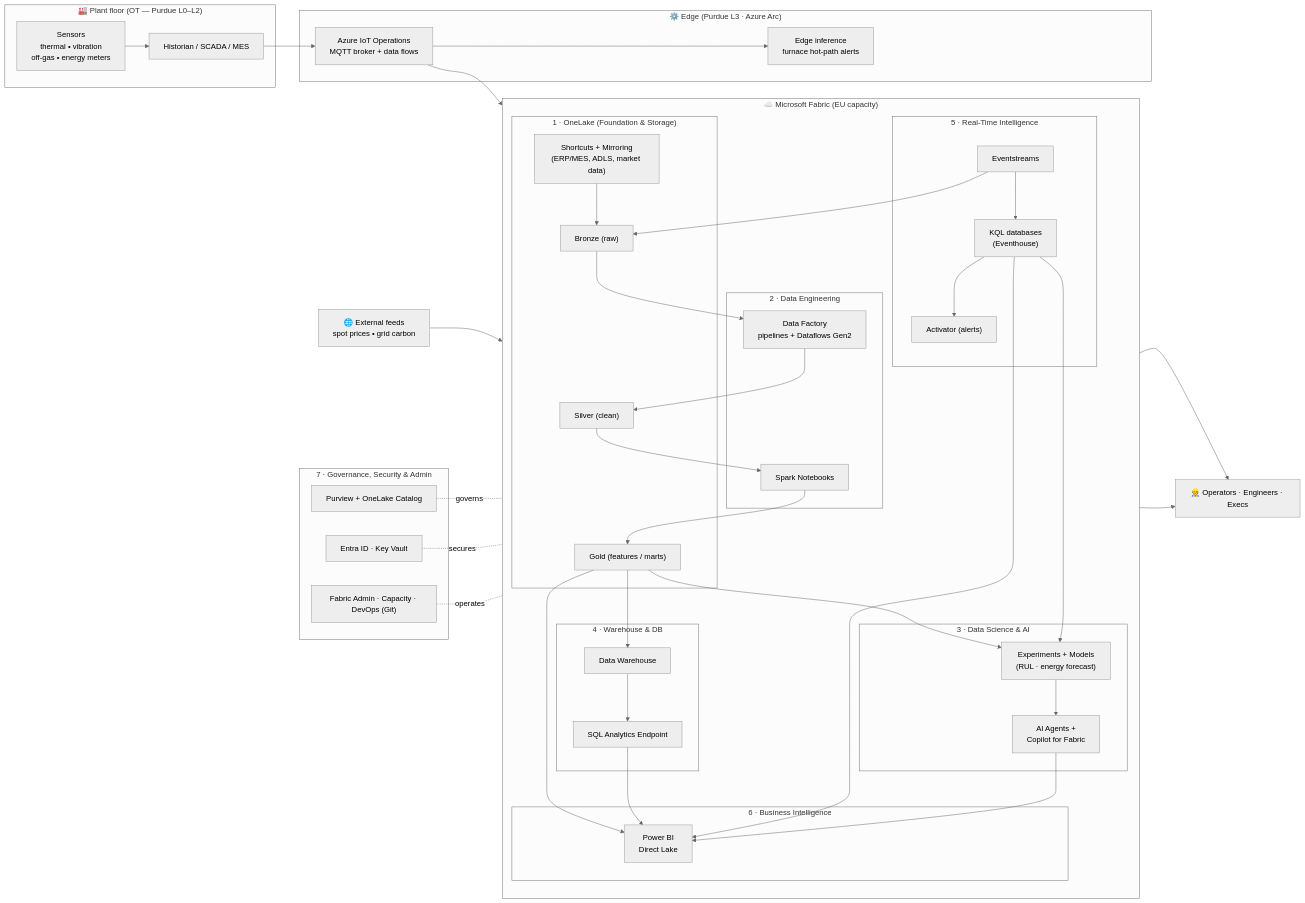
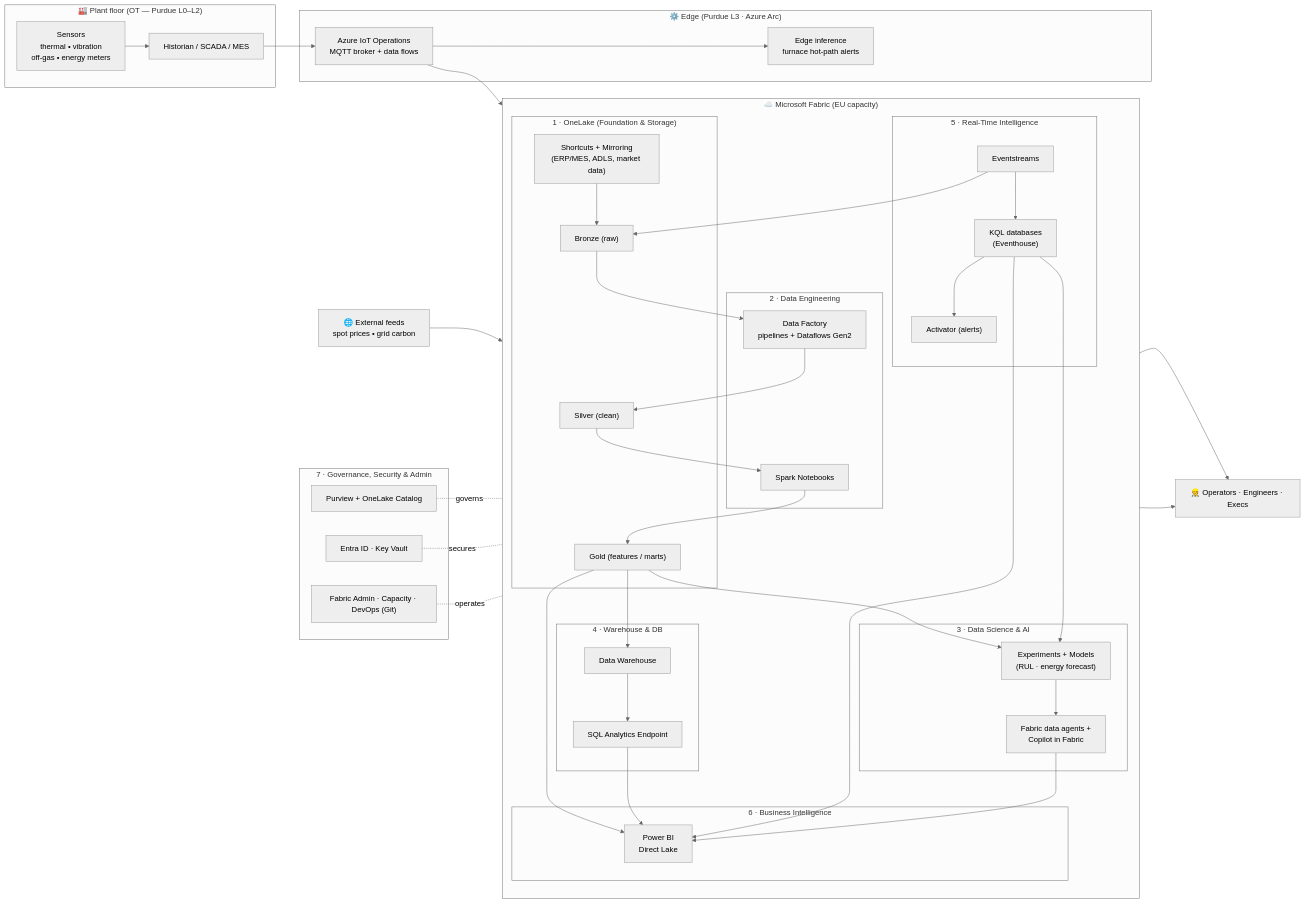
Before and after one commit to frkim/NovaSteel: the first of 2 diagrams in documentation/work/02a-fabric-iot-architecture.md, drawn with Mermaid (neutral theme). The commit also changed other lines of this file and 1 other file, not shown here.

Commit message:
Update solution architecture and Microsoft Fabric + IoT architecture documentation to reflect recent changes in capabilities and terminology

````diff
--- a/documentation/work/02a-fabric-iot-architecture.md
+++ b/documentation/work/02a-fabric-iot-architecture.md
@@ -41,71 +41,71 @@
 ```mermaid
 flowchart LR
     subgraph OT["🏭 Plant floor (OT — Purdue L0–L2)"]
         SENS["Sensors\nthermal • vibration\noff-gas • energy meters"]
         HIST["Historian / SCADA / MES"]
     end
 
     subgraph EDGE["⚙️ Edge (Purdue L3 · Azure Arc)"]
         IOO["Azure IoT Operations\nMQTT broker + data flows"]
         EINF["Edge inference\nfurnace hot-path alerts"]
     end
 
     subgraph FAB["☁️ Microsoft Fabric (EU capacity)"]
         direction TB
         subgraph RTIL["5 · Real-Time Intelligence"]
             ES["Eventstreams"]
             KQL["KQL databases\n(Eventhouse)"]
             ACT["Activator (alerts)"]
         end
         subgraph STORE["1 · OneLake (Foundation & Storage)"]
             BRZ["Bronze (raw)"]
             SLV["Silver (clean)"]
             GLD["Gold (features / marts)"]
             SC["Shortcuts + Mirroring\n(ERP/MES, ADLS, market data)"]
         end
         subgraph ENG["2 · Data Engineering"]
             DF["Data Factory\npipelines + Dataflows Gen2"]
             NB["Spark Notebooks"]
         end
         subgraph DS["3 · Data Science & AI"]
             EXP["Experiments + Models\n(RUL · energy forecast)"]
-            AGT["AI Agents +\nCopilot for Fabric"]
+            AGT["Fabric data agents +\nCopilot in Fabric"]
         end
         subgraph WH["4 · Warehouse & DB"]
             DW["Data Warehouse"]
             SAE["SQL Analytics Endpoint"]
         end
         subgraph BI["6 · Business Intelligence"]
             PBI["Power BI\nDirect Lake"]
         end
     end
 
     subgraph GOV["7 · Governance, Security & Admin"]
         PUR["Purview + OneLake Catalog"]
         ENT["Entra ID · Key Vault"]
         ADM["Fabric Admin · Capacity · DevOps (Git)"]
     end
 
     EXT["🌐 External feeds\nspot prices • grid carbon"]
     OPS["👷 Operators · Engineers · Execs"]
 
     SENS --> HIST --> IOO --> ES
     IOO --> EINF
     ES --> KQL --> ACT
     ES --> BRZ
     SC --> BRZ
     EXT --> ES
     BRZ --> DF --> SLV --> NB --> GLD
     GLD --> EXP --> AGT
     KQL --> EXP
     GLD --> DW --> SAE
     GLD --> PBI
     SAE --> PBI
     KQL --> PBI
     AGT --> PBI
     ACT --> OPS
     PBI --> OPS
     PUR -.governs.- STORE
     ENT -.secures.- FAB
     ADM -.operates.- FAB
 ```
````
